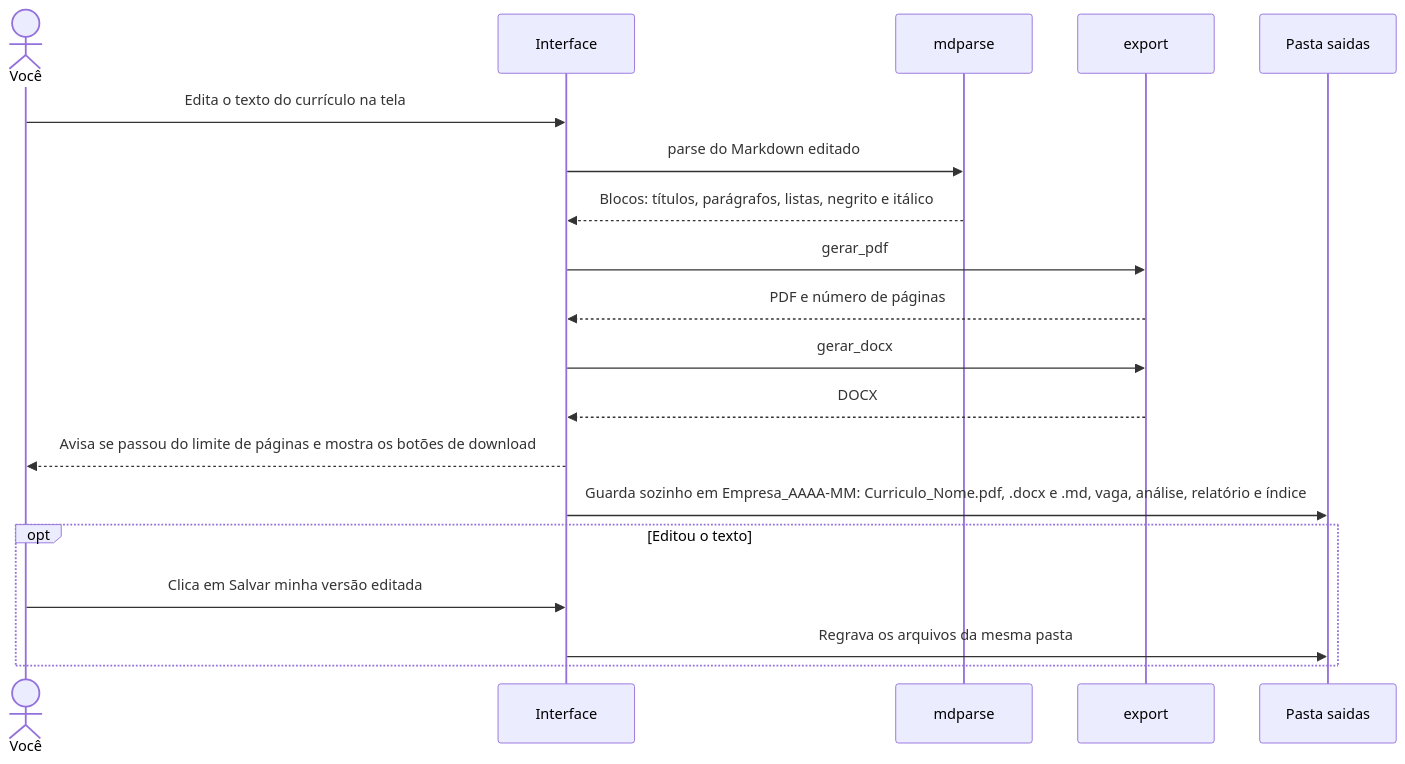
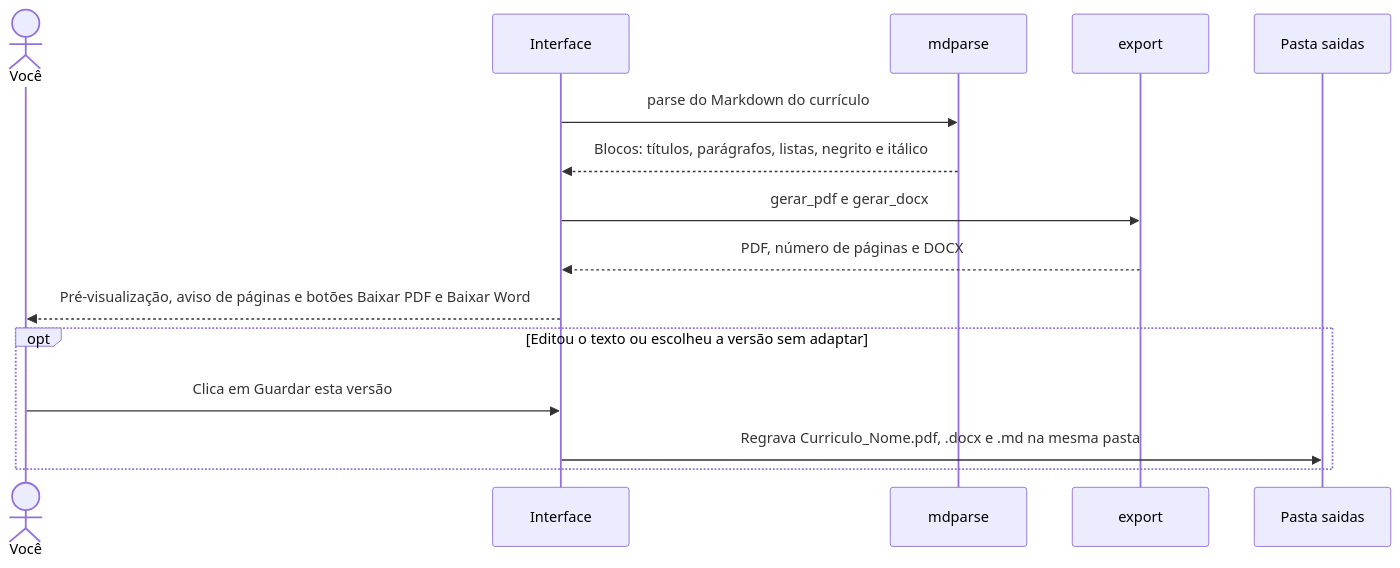
Before and after one commit to feeslopes/assistente_curriculo: the ninth of 10 diagrams in README.md, drawn with Mermaid. The commit also changed other lines of this file and 1 other file, not shown here.

First line of the commit message:
Atualiza diagramas e documentação para a interface atual

````diff
--- a/README.md
+++ b/README.md
@@ -472,22 +490,18 @@
 ```mermaid
 sequenceDiagram
   actor V as Você
   participant UI as Interface
   participant M as mdparse
   participant E as export
   participant S as Pasta saidas
 
-  V->>UI: Edita o texto do currículo na tela
-  UI->>M: parse do Markdown editado
+  UI->>M: parse do Markdown do currículo
   M-->>UI: Blocos: títulos, parágrafos, listas, negrito e itálico
-  UI->>E: gerar_pdf
-  E-->>UI: PDF e número de páginas
-  UI->>E: gerar_docx
-  E-->>UI: DOCX
-  UI-->>V: Avisa se passou do limite de páginas e mostra os botões de download
-  UI->>S: Guarda sozinho em Empresa_AAAA-MM: Curriculo_Nome.pdf, .docx e .md, vaga, análise, relatório e índice
-  opt Editou o texto
-    V->>UI: Clica em Salvar minha versão editada
-    UI->>S: Regrava os arquivos da mesma pasta
+  UI->>E: gerar_pdf e gerar_docx
+  E-->>UI: PDF, número de páginas e DOCX
+  UI-->>V: Pré-visualização, aviso de páginas e botões Baixar PDF e Baixar Word
+  opt Editou o texto ou escolheu a versão sem adaptar
+    V->>UI: Clica em Guardar esta versão
+    UI->>S: Regrava Curriculo_Nome.pdf, .docx e .md na mesma pasta
   end
 ```
````
